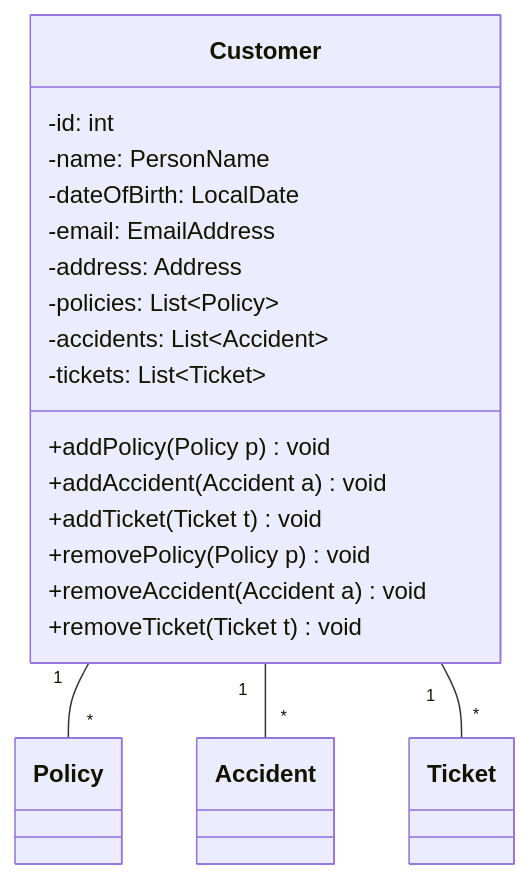
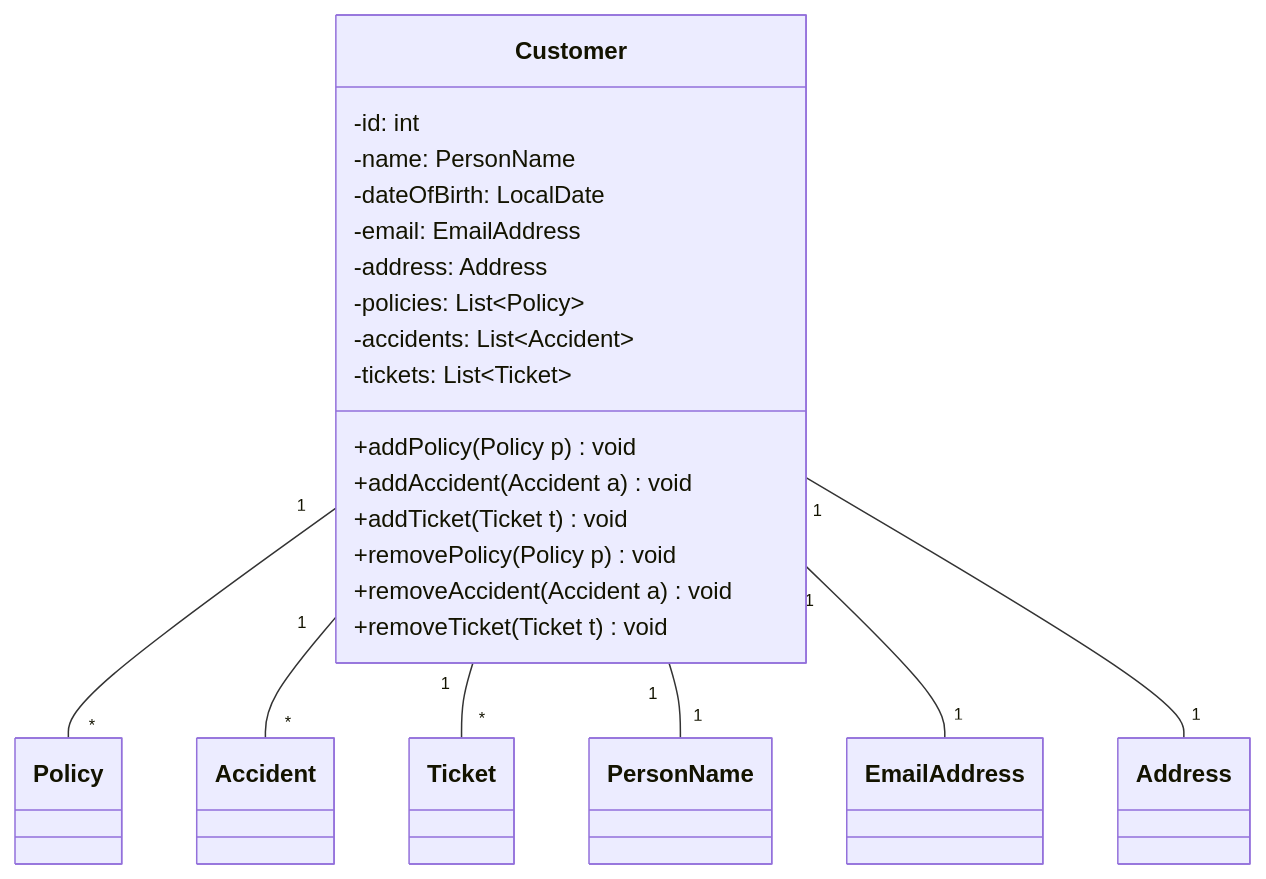
Before and after one commit to SirSimon04/clean-car-insurance: the fourth of 27 diagrams in Programmentwurf.md, drawn with Mermaid. The commit also changed other lines of this file, not shown here.

````diff
--- a/Programmentwurf.md
+++ b/Programmentwurf.md
@@ -266,22 +266,25 @@
 ```mermaid
 classDiagram
     class Customer {
       -id: int 
       -name: PersonName   
       -dateOfBirth: LocalDate
       -email: EmailAddress
       -address: Address
       -policies: List~Policy~
       -accidents: List~Accident~
       -tickets: List~Ticket~ 
       +addPolicy(Policy p) void
       +addAccident(Accident a) void
       +addTicket(Ticket t) void
       +removePolicy(Policy p) void
       +removeAccident(Accident a) void
       +removeTicket(Ticket t) void
     }
     Customer "1" -- "*" Policy
     Customer "1" -- "*" Accident
     Customer "1" -- "*" Ticket
+    Customer "1" -- "1" PersonName
+    Customer "1" -- "1" EmailAddress
+    Customer "1" -- "1" Address
 ```
````
